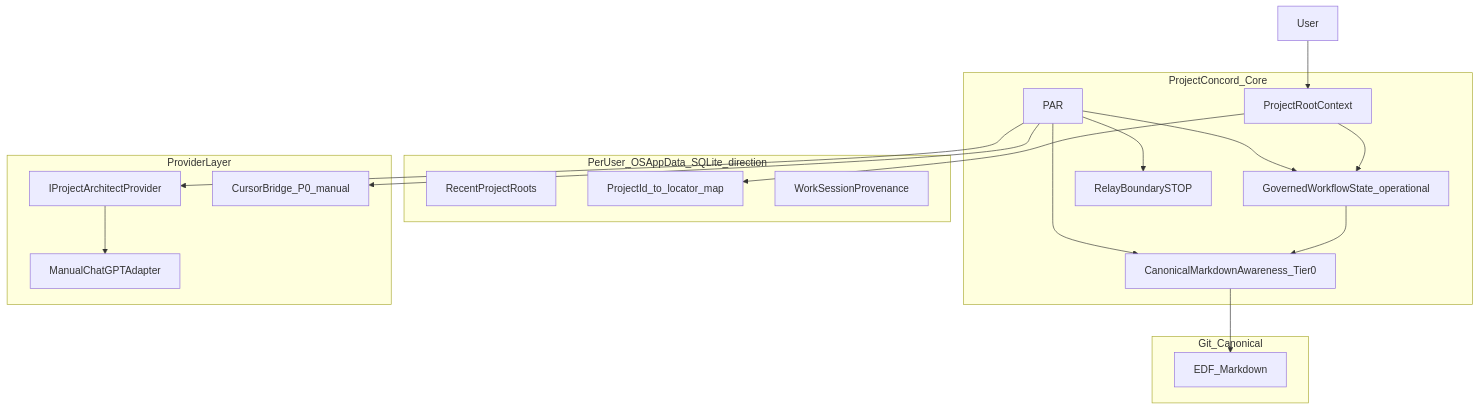
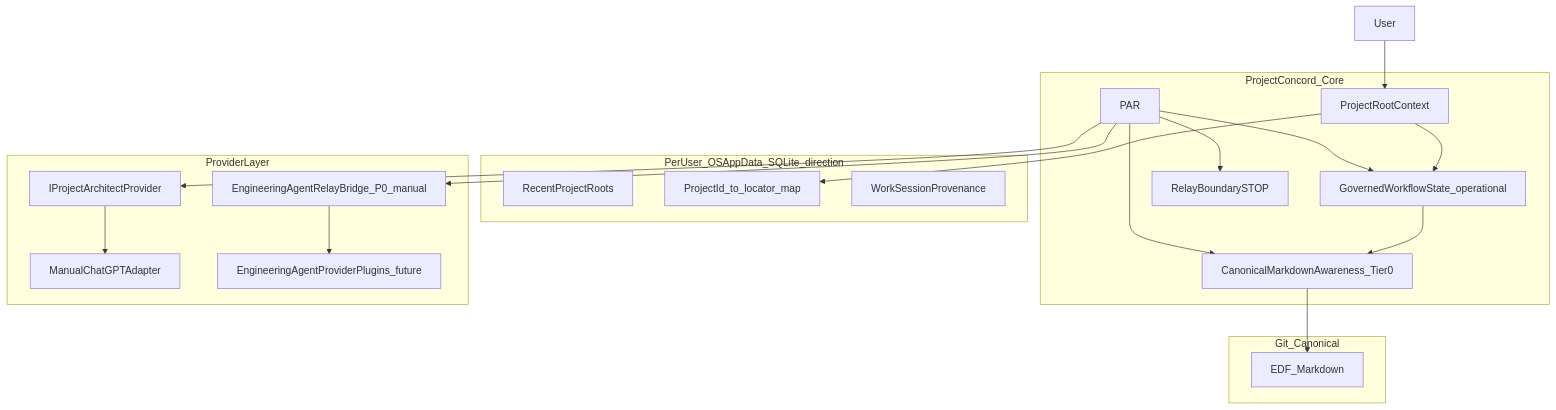
The first of 2 diagrams in docs/Handover/ProjectConcord-PAR-Workflow-Architecture-Plan.md (edbecnel/ProjectConcord), drawn with Mermaid before and after one commit. The commit also changed other lines of this file and 13 other files, not shown here.

First line of the commit message:
Accept ADR-0021 Engineering Agent provider plugin contract and reconcile SPEC-006.

````diff
--- a/docs/Handover/ProjectConcord-PAR-Workflow-Architecture-Plan.md
+++ b/docs/Handover/ProjectConcord-PAR-Workflow-Architecture-Plan.md
@@ -117,38 +124,40 @@
 ```mermaid
 flowchart TB
   subgraph perUser [PerUser_OSAppData_SQLite_direction]
     RecentRoots[RecentProjectRoots]
     ProjRegistry[ProjectId_to_locator_map]
     Sessions[WorkSessionProvenance]
   end
 
   subgraph concord [ProjectConcord_Core]
     RootCtx[ProjectRootContext]
     Par[PAR]
     WfState[GovernedWorkflowState_operational]
     Tier0[CanonicalMarkdownAwareness_Tier0]
     StopEnf[RelayBoundarySTOP]
   end
 
   subgraph providers [ProviderLayer]
     PAProvider[IProjectArchitectProvider]
     ManualPA[ManualChatGPTAdapter]
-    CursorBridge[CursorBridge_P0_manual]
+    EABridge[EngineeringAgentRelayBridge_P0_manual]
+    EAPlugins[EngineeringAgentProviderPlugins_future]
   end
 
   subgraph git [Git_Canonical]
     Md[EDF_Markdown]
   end
 
   User --> RootCtx
   RootCtx --> ProjRegistry
   RootCtx --> WfState
   WfState --> Tier0
   Tier0 --> Md
   Par --> WfState
   Par --> Tier0
   Par --> StopEnf
   Par --> PAProvider
   PAProvider --> ManualPA
-  Par --> CursorBridge
+  Par --> EABridge
+  EABridge --> EAPlugins
 ```
````
